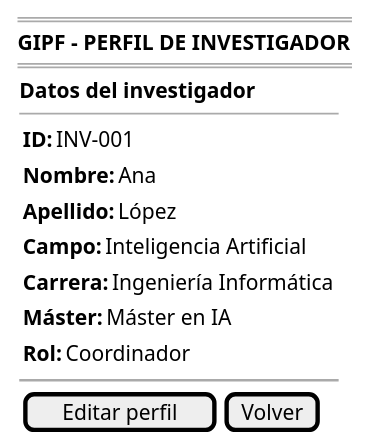
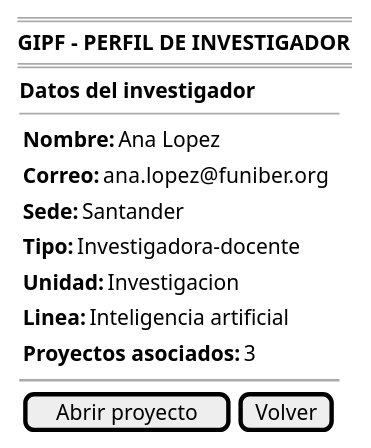
Before and after one commit to beatriizorozco/25-26-idsw2-sdVC: the diagram in RUP/00-casos-uso/02-detalle/coordinador/abrirInvestigador/prototipo.puml, drawn with PlantUML. The commit also changed 41 other files, not shown here.

```diff
--- a/RUP/00-casos-uso/02-detalle/coordinador/abrirInvestigador/prototipo.puml
+++ b/RUP/00-casos-uso/02-detalle/coordinador/abrirInvestigador/prototipo.puml
@@ -1,24 +1,22 @@
 @startsalt abrirInvestigador-wireframe
 {
     ====
     <b>GIPF - PERFIL DE INVESTIGADOR</b>
     ====
     {
         <b>Datos del investigador</b>
         --
         {
-            {<b>ID:</b>        | INV-001}
-            {<b>Nombre:</b>    | Ana}
-            {<b>Apellido:</b>  | López}
-            {<b>Campo:</b>     | Inteligencia Artificial}
-            {<b>Carrera:</b>   | Ingeniería Informática}
-            {<b>Máster:</b>    | Máster en IA}
-            {<b>Rol:</b>    | Coordinador}
+            {<b>Nombre:</b> | Ana Lopez}
+            {<b>Correo:</b> | ana.lopez@funiber.org}
+            {<b>Sede:</b> | Santander}
+            {<b>Tipo:</b> | Investigadora-docente}
+            {<b>Unidad:</b> | Investigacion}
+            {<b>Linea:</b> | Inteligencia artificial}
+            {<b>Proyectos asociados:</b> | 3}
         }
-
         ~~
-
-        {[Editar perfil] | [Volver]}
+        {[Abrir proyecto] | [Volver]}
     }
 }
 @endsalt
```
